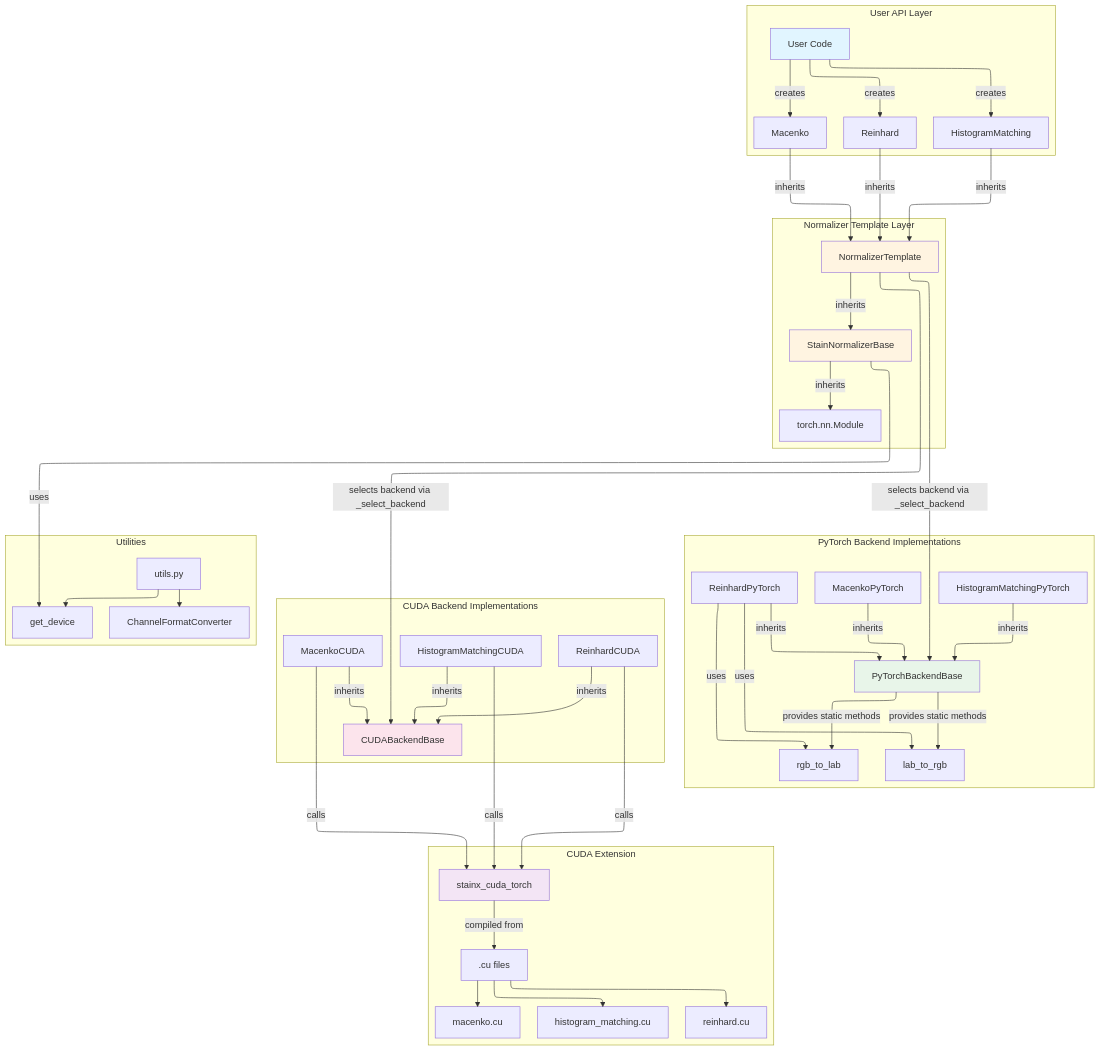
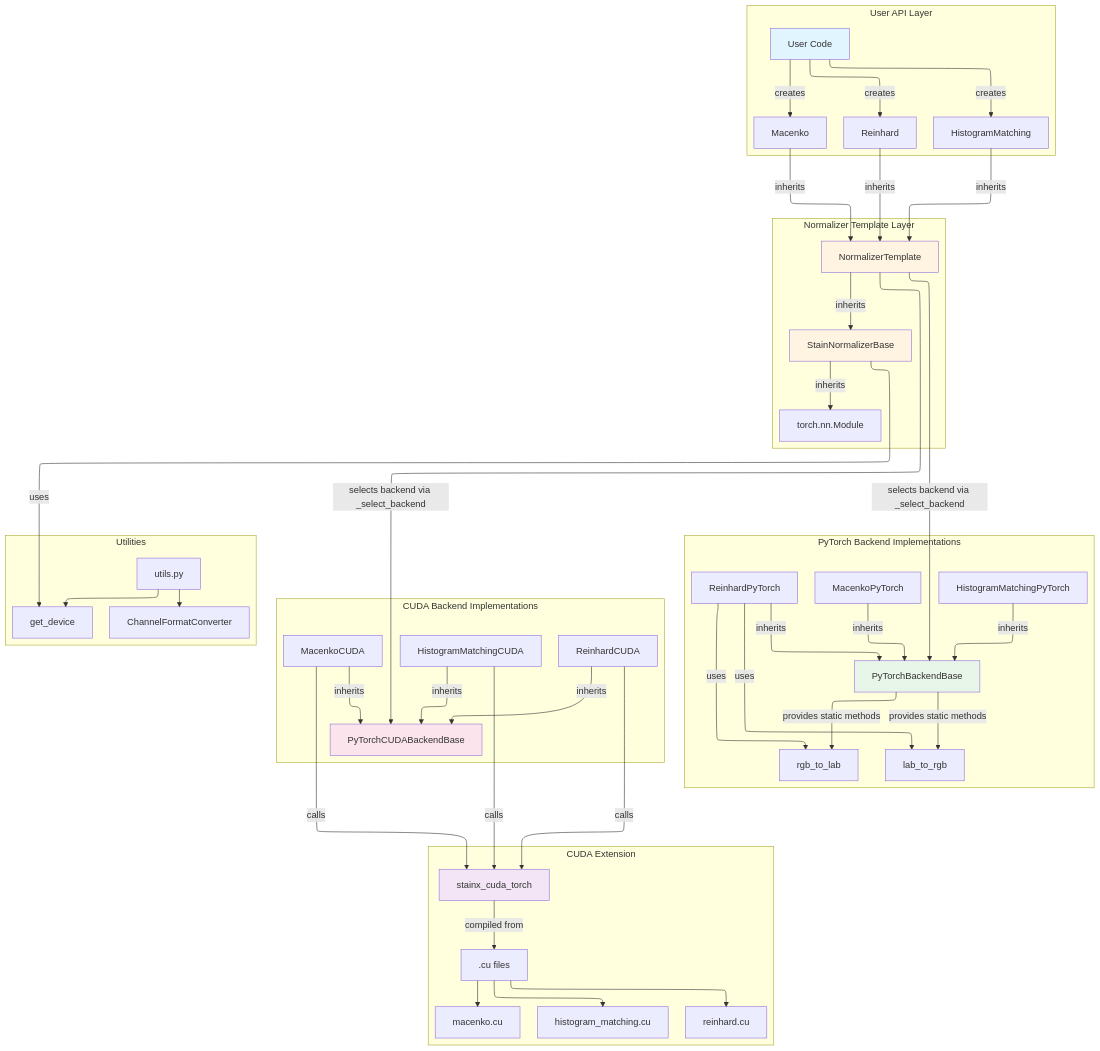
Before and after one commit to rendeirolab/stainx: the diagram in CONTRIBUTING.md, drawn with Mermaid. The commit also changed other lines of this file and 10 other files, not shown here.

````diff
--- a/CONTRIBUTING.md
+++ b/CONTRIBUTING.md
@@ -7,73 +7,73 @@
 ```mermaid
 ---
 config:
   layout: elk
 ---
 flowchart TB
  subgraph subGraph0["User API Layer"]
         User["User Code"]
         HM["HistogramMatching"]
         RE["Reinhard"]
         MA["Macenko"]
   end
  subgraph subGraph1["Normalizer Template Layer"]
         NT["NormalizerTemplate"]
         SNB["StainNormalizerBase"]
         nn.Module["torch.nn.Module"]
   end
  subgraph subGraph4["PyTorch Backend Implementations"]
         PTBB["PyTorchBackendBase"]
         HMPT["HistogramMatchingPyTorch"]
         REPT["ReinhardPyTorch"]
         MAPT["MacenkoPyTorch"]
         RGB2LAB["rgb_to_lab"]
         LAB2RGB["lab_to_rgb"]
   end
  subgraph subGraph5["CUDA Backend Implementations"]
-        CUBB["CUDABackendBase"]
+        CUBB["PyTorchCUDABackendBase"]
         HMCU["HistogramMatchingCUDA"]
         RECU["ReinhardCUDA"]
         MACU["MacenkoCUDA"]
   end
  subgraph subGraph6["CUDA Extension"]
         SC["stainx_cuda_torch"]
         CU[".cu files"]
         HM_CU["histogram_matching.cu"]
         RE_CU["reinhard.cu"]
         MA_CU["macenko.cu"]
   end
  subgraph Utilities["Utilities"]
         UTILS["utils.py"]
         GD["get_device"]
         CFC["ChannelFormatConverter"]
   end
     NT -- inherits --> SNB
     SNB -- inherits --> nn.Module
     HM -- inherits --> NT
     RE -- inherits --> NT
     MA -- inherits --> NT
     NT -- selects backend via _select_backend --> PTBB
     NT -- selects backend via _select_backend --> CUBB
     HMPT -- inherits --> PTBB
     REPT -- inherits --> PTBB
     MAPT -- inherits --> PTBB
     PTBB -- provides static methods --> RGB2LAB & LAB2RGB
     HMCU -- inherits --> CUBB
     RECU -- inherits --> CUBB
     MACU -- inherits --> CUBB
     HMCU -- calls --> SC
     RECU -- calls --> SC
     MACU -- calls --> SC
     SC -- compiled from --> CU
     CU --> HM_CU & RE_CU & MA_CU
     UTILS --> GD & CFC
     REPT -- uses --> RGB2LAB & LAB2RGB
     SNB -- uses --> GD
     User -- creates --> HM & RE & MA
     style User fill:#e1f5ff
     style NT fill:#fff4e1
     style SNB fill:#fff4e1
     style PTBB fill:#e8f5e9
     style CUBB fill:#fce4ec
     style SC fill:#f3e5f5
 ```
````
